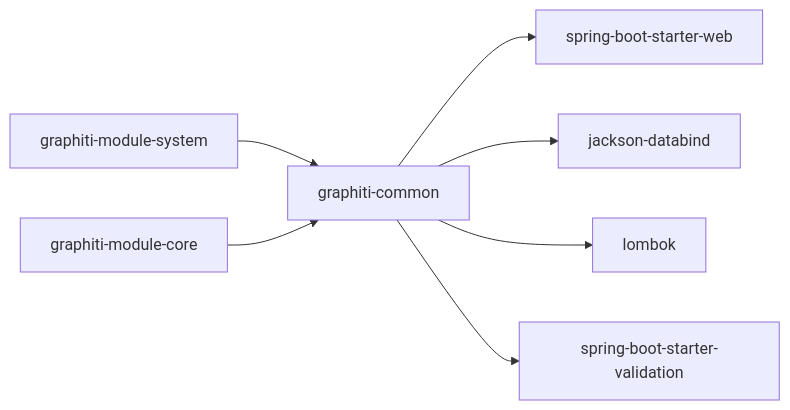
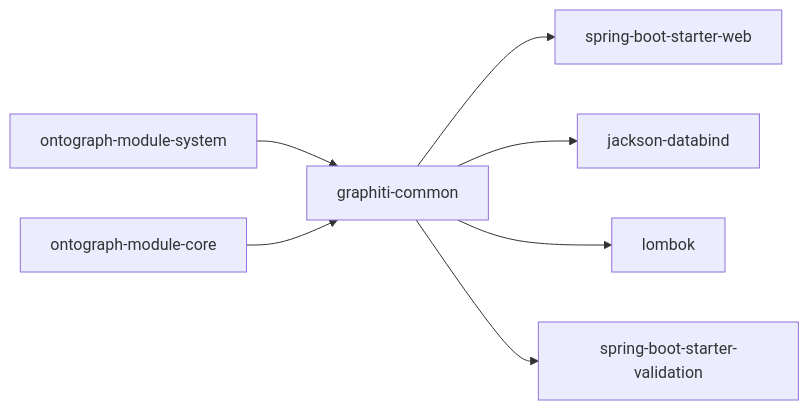
The seventh of 7 diagrams in docs/manual/核心模块/框架模块 (graphiti-framework)/统一响应层.md (joezxh/graphiti-java), drawn with Mermaid before and after one commit. The commit also changed other lines of this file and 200 other files, not shown here.

````diff
--- a/docs/manual/核心模块/框架模块 (graphiti-framework)/统一响应层.md
+++ b/docs/manual/核心模块/框架模块 (graphiti-framework)/统一响应层.md
@@ -251,9 +251,9 @@
 ```mermaid
 graph LR
 COMMON["graphiti-common"] --> WEB["spring-boot-starter-web"]
 COMMON --> JACKSON["jackson-databind"]
 COMMON --> LOMBOK["lombok"]
 COMMON --> VALID["spring-boot-starter-validation"]
-SYS["graphiti-module-system"] --> COMMON
-CORE["graphiti-module-core"] --> COMMON
+SYS["ontograph-module-system"] --> COMMON
+CORE["ontograph-module-core"] --> COMMON
 ```
````
